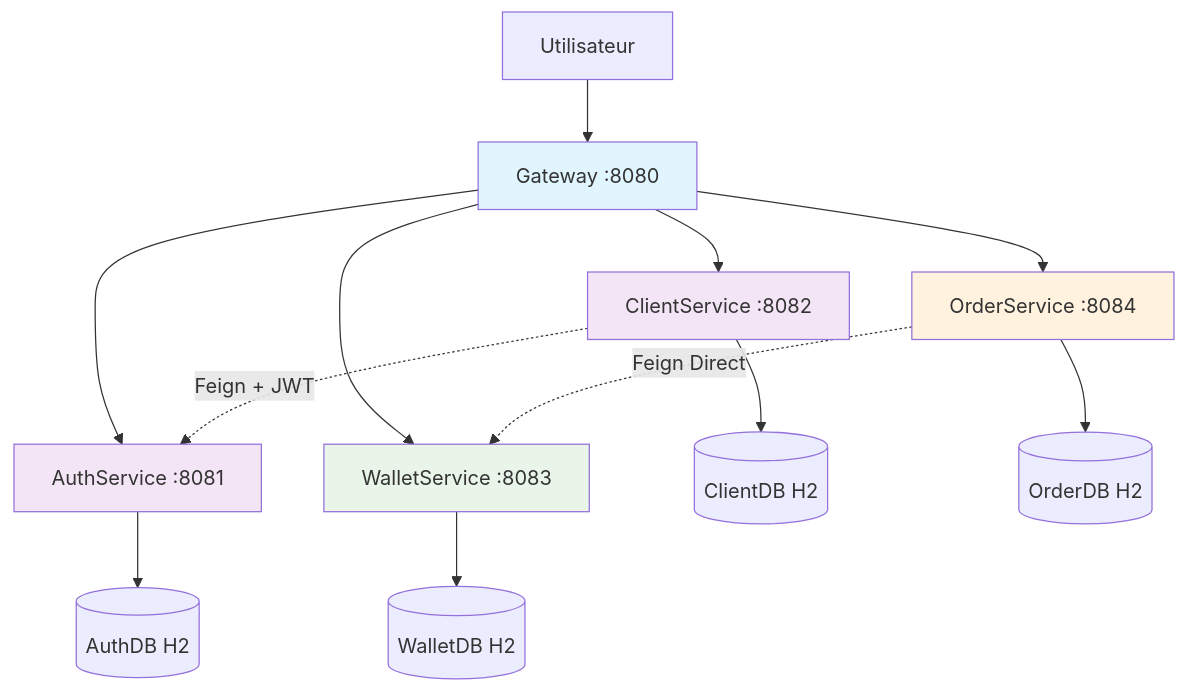
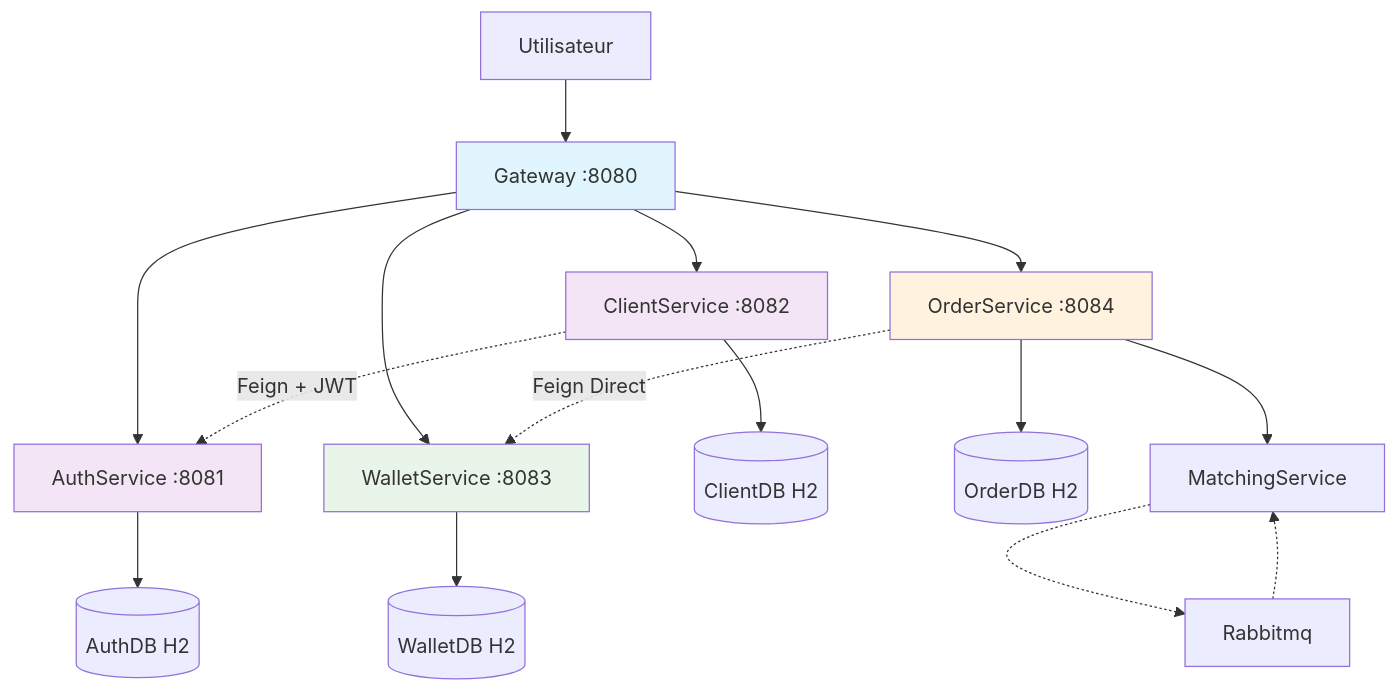
Before and after one commit to primika27/BrokerX-phase2-micorservices-: the diagram in docs/arc42/docs.md, drawn with Mermaid. The commit also changed other lines of this file and 47 other files, not shown here.

Commit message:
functional order matching+ diagrams added

````diff
--- a/docs/arc42/docs.md
+++ b/docs/arc42/docs.md
@@ -72,23 +72,28 @@
 ```mermaid
 graph TD
     User[Utilisateur] --> Gateway[Gateway :8080]
     
     Gateway --> Auth[AuthService :8081]
     Gateway --> Client[ClientService :8082]  
     Gateway --> Wallet[WalletService :8083]
     Gateway --> Order[OrderService :8084]
     
     Auth --> AuthDB[(AuthDB H2)]
     Client --> ClientDB[(ClientDB H2)]
     Wallet --> WalletDB[(WalletDB H2)]
     Order --> OrderDB[(OrderDB H2)]
     
     Client -.->|Feign + JWT| Auth
     Order -.->|Feign Direct| Wallet
+    Order -->MatchingService
+    MatchingService-.->Rabbitmq
+    Rabbitmq-.->MatchingService
+
     
     style Gateway fill:#e1f5fe
     style Auth fill:#f3e5f5
     style Client fill:#f3e5f5
-    style Wallet fill:#e8f5e8
+   
+    style Wallet fill:#e9f5e8
     style Order fill:#fff3e0
 ```
````
